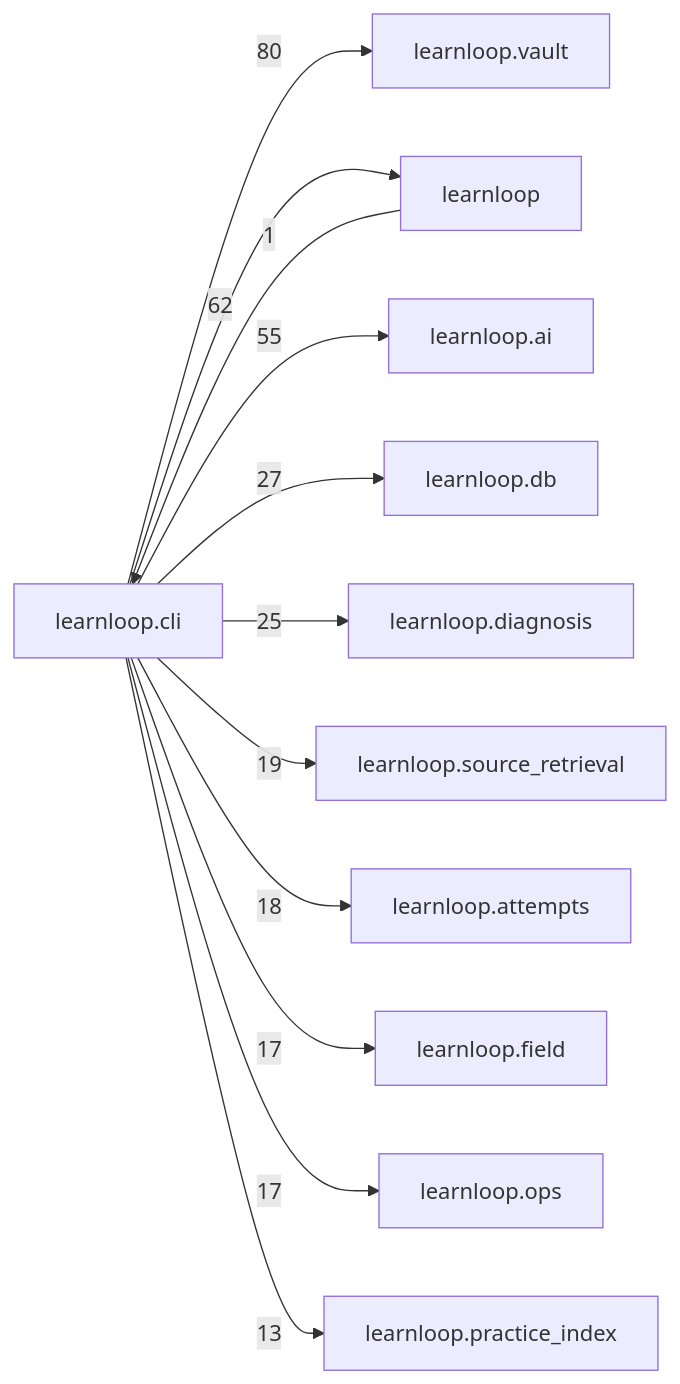
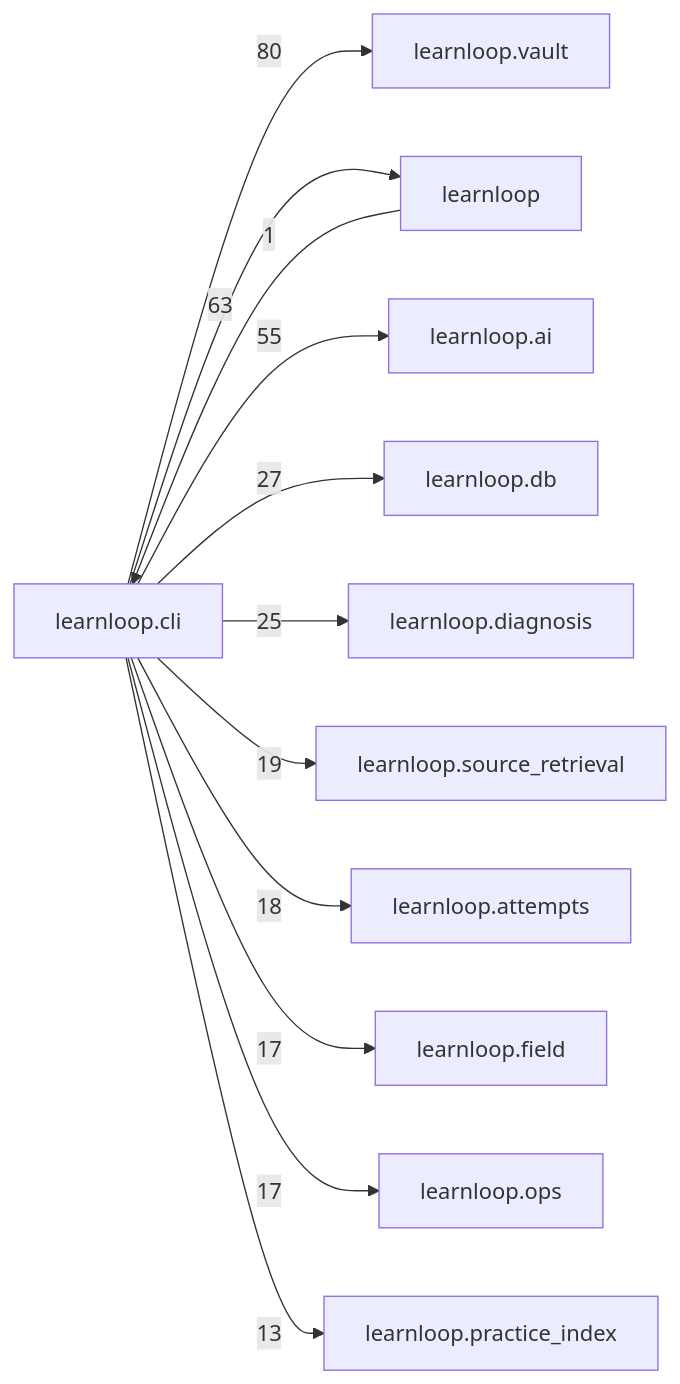
One commit to 6up-b/learnanything changed the diagram in docs/learnloop-architecture-vault/Reference/Modules/learnloop/cli/_package.md. Above: the diagram before and after it, drawn with Mermaid. The commit also changed other lines of this file and 532 other files, not shown here.

````diff
--- a/docs/learnloop-architecture-vault/Reference/Modules/learnloop/cli/_package.md
+++ b/docs/learnloop-architecture-vault/Reference/Modules/learnloop/cli/_package.md
@@ -229,25 +229,25 @@
 ```mermaid
 flowchart LR
     center["learnloop.cli"]
     n_learnloop_vault["learnloop.vault"]
     n_learnloop["learnloop"]
     n_learnloop_ai["learnloop.ai"]
     n_learnloop_db["learnloop.db"]
     n_learnloop_diagnosis["learnloop.diagnosis"]
     n_learnloop_source_retrieval["learnloop.source_retrieval"]
     n_learnloop_attempts["learnloop.attempts"]
     n_learnloop_field["learnloop.field"]
     n_learnloop_ops["learnloop.ops"]
     n_learnloop_practice_index["learnloop.practice_index"]
     center -->|80| n_learnloop_vault
     n_learnloop -->|1| center
-    center -->|62| n_learnloop
+    center -->|63| n_learnloop
     center -->|55| n_learnloop_ai
     center -->|27| n_learnloop_db
     center -->|25| n_learnloop_diagnosis
     center -->|19| n_learnloop_source_retrieval
     center -->|18| n_learnloop_attempts
     center -->|17| n_learnloop_field
     center -->|17| n_learnloop_ops
     center -->|13| n_learnloop_practice_index
 ```
````
